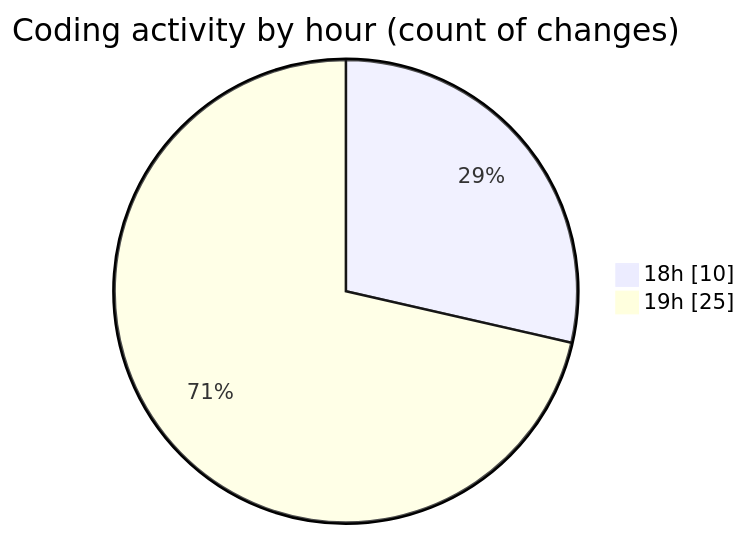
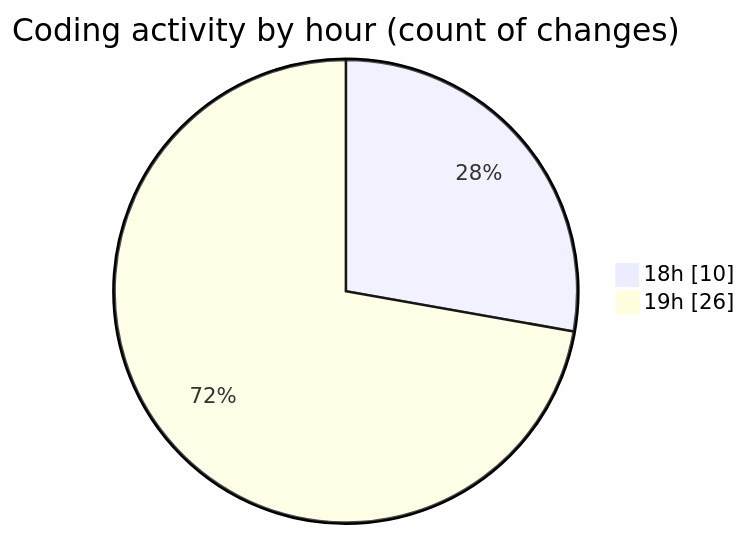
One commit to Netris89/code-tracking changed the second of 2 diagrams in 2025-03-29/back-end/README.md. Above: the diagram before and after it, drawn with Mermaid. The commit also changed other lines of this file and 1 other file, not shown here.

````diff
--- a/2025-03-29/back-end/README.md
+++ b/2025-03-29/back-end/README.md
@@ -29,6 +29,6 @@
 ```mermaid
 pie showData
 title Coding activity by hour (count of changes)
 "18h" : 10
-"19h" : 25
+"19h" : 26
 ```
````
